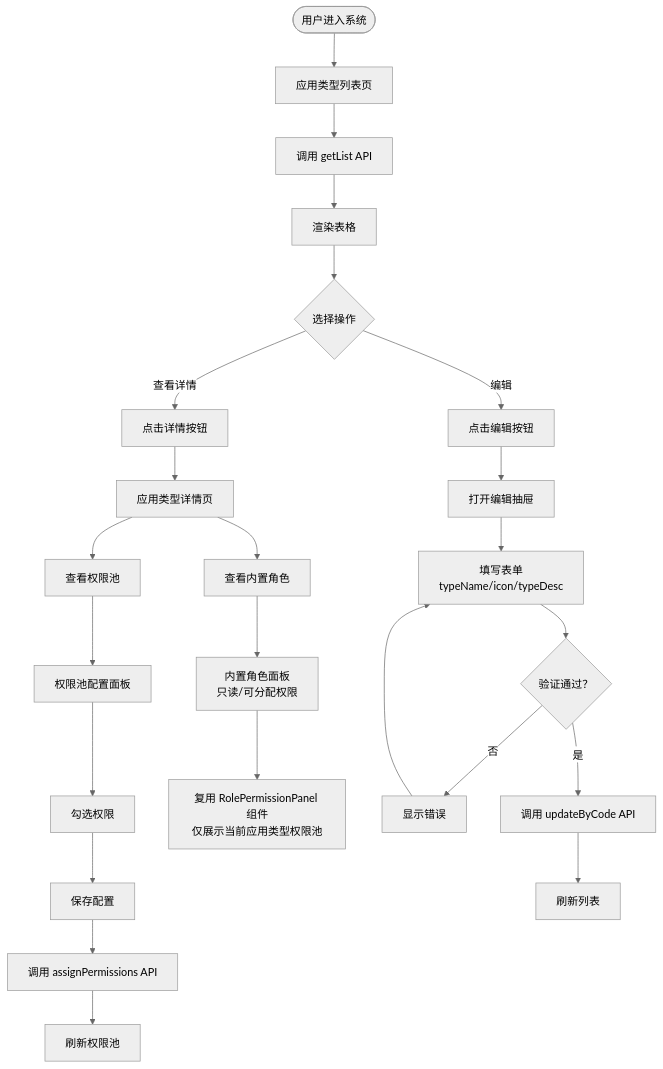
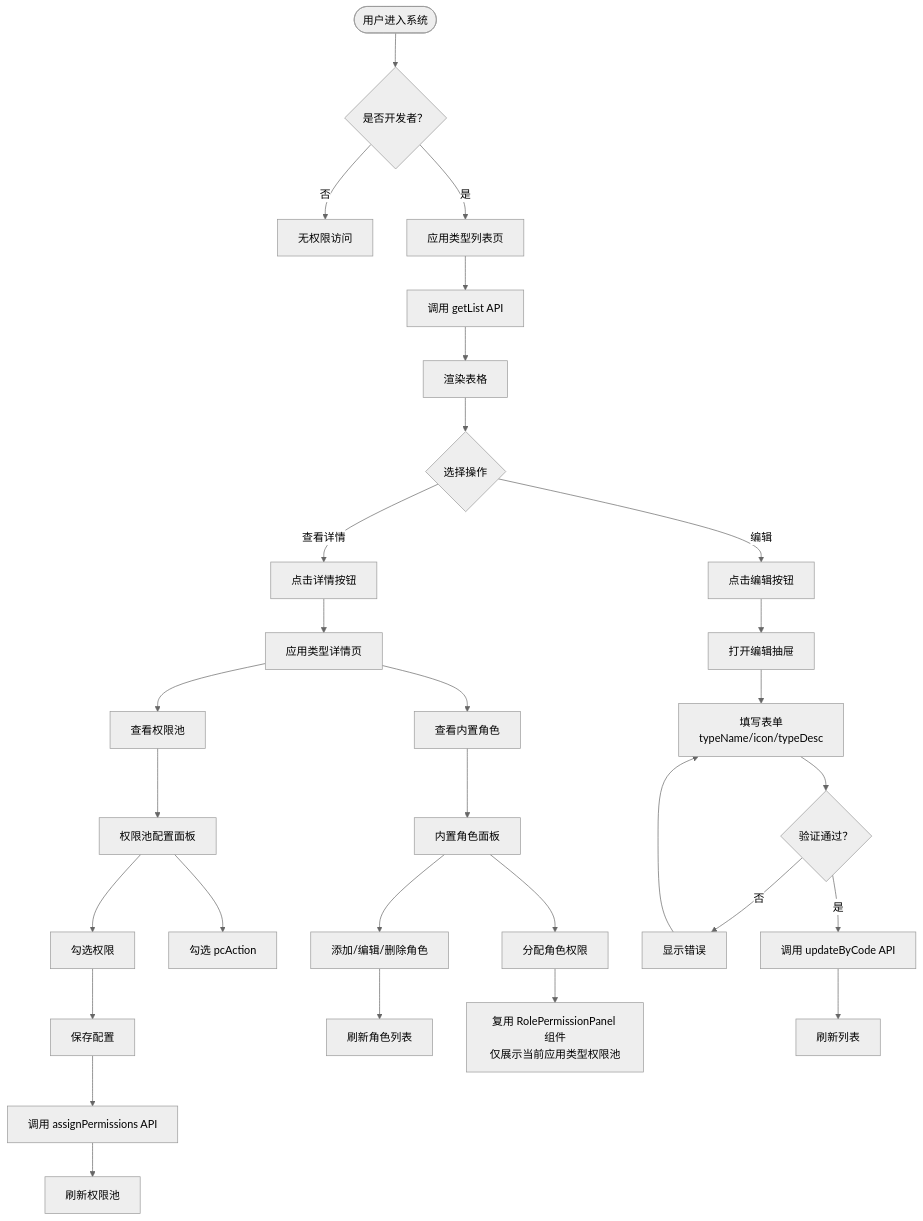
Before and after one commit to huyumo/moyan-mfw: the diagram in docs/app-type-management.md, drawn with Mermaid (neutral theme). The commit also changed other lines of this file and 8 other files, not shown here.

````diff
--- a/docs/app-type-management.md
+++ b/docs/app-type-management.md
@@ -24,32 +27,38 @@
 ```mermaid
 flowchart TD
-    Start([用户进入系统]) --> AppTypeList[应用类型列表页]
+    Start([用户进入系统]) --> CheckDev{是否开发者？}
+    CheckDev -->|否 | NoAccess[无权限访问]
+    CheckDev -->|是 | AppTypeList[应用类型列表页]
 
     AppTypeList --> LoadList[调用 getList API]
     LoadList --> RenderList[渲染表格]
 
     RenderList --> Action{选择操作}
     Action -->|查看详情 | ViewDetail[点击详情按钮]
     Action -->|编辑 | EditType[点击编辑按钮]
 
     ViewDetail --> AppTypeDetail[应用类型详情页]
     AppTypeDetail --> ViewPool[查看权限池]
     AppTypeDetail --> ViewRoles[查看内置角色]
 
     ViewPool --> PermissionPoolPanel[权限池配置面板]
     PermissionPoolPanel --> SelectPermissions[勾选权限]
+    PermissionPoolPanel --> SelectPcAction[勾选 pcAction]
     SelectPermissions --> SavePool[保存配置]
     SavePool --> AssignPermissionsAPI[调用 assignPermissions API]
     AssignPermissionsAPI --> RefreshPool[刷新权限池]
 
-    ViewRoles --> BuiltinRolesPanel[内置角色面板<br/>只读/可分配权限]
-    BuiltinRolesPanel --> UseRolePermComponent[复用 RolePermissionPanel 组件<br/>仅展示当前应用类型权限池]
+    ViewRoles --> BuiltinRolesPanel[内置角色面板]
+    BuiltinRolesPanel --> ManageRoles[添加/编辑/删除角色]
+    BuiltinRolesPanel --> AssignRolePerm[分配角色权限]
+    ManageRoles --> RefreshRoles[刷新角色列表]
+    AssignRolePerm --> RolePermissionPanel[复用 RolePermissionPanel 组件<br/>仅展示当前应用类型权限池]
 
     EditType --> EditDrawer[打开编辑抽屉]
     EditDrawer --> FillForm[填写表单<br/>typeName/icon/typeDesc]
     FillForm --> Validate{验证通过？}
     Validate -->|否 | ShowError[显示错误]
     Validate -->|是 | UpdateAPI[调用 updateByCode API]
     UpdateAPI --> RefreshList[刷新列表]
     ShowError --> FillForm
 ```
````
